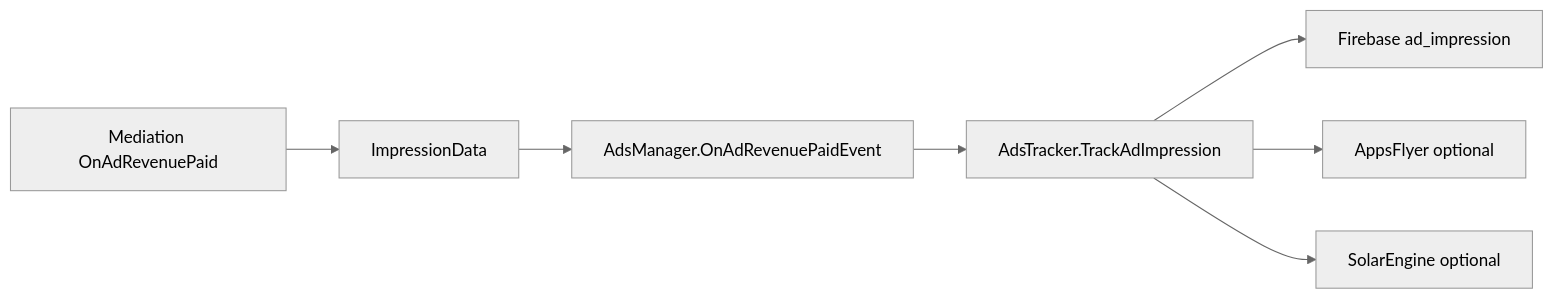
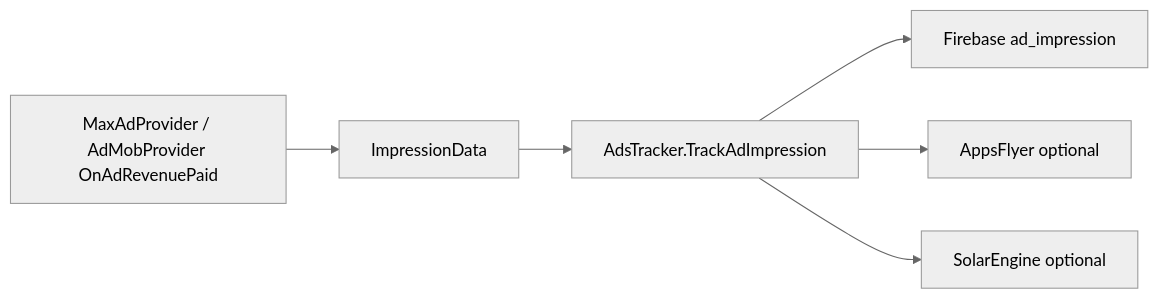
Before and after one commit to KunNguyen/SDK-Ads: the third of 3 diagrams in docs/ADS_DESIGN.md, drawn with Mermaid (neutral theme). The commit also changed other lines of this file and 4 other files, not shown here.

First line of the commit message:
Docs: drop legacy AdsManager text from package and sample descriptions and ADS_DESIGN

````diff
--- a/docs/ADS_DESIGN.md
+++ b/docs/ADS_DESIGN.md
@@ -453,9 +371,8 @@
 ```mermaid
 flowchart LR
-    Mediation[Mediation OnAdRevenuePaid] --> ImpressionData
-    ImpressionData --> AdsManager[AdsManager.OnAdRevenuePaidEvent]
-    AdsManager --> Tracker[AdsTracker.TrackAdImpression]
+    Provider[MaxAdProvider / AdMobProvider OnAdRevenuePaid] --> ImpressionData
+    ImpressionData --> Tracker[AdsTracker.TrackAdImpression]
     Tracker --> Firebase[Firebase ad_impression]
     Tracker --> AppsFlyer[AppsFlyer optional]
     Tracker --> SolarEngine[SolarEngine optional]
 ```
````
